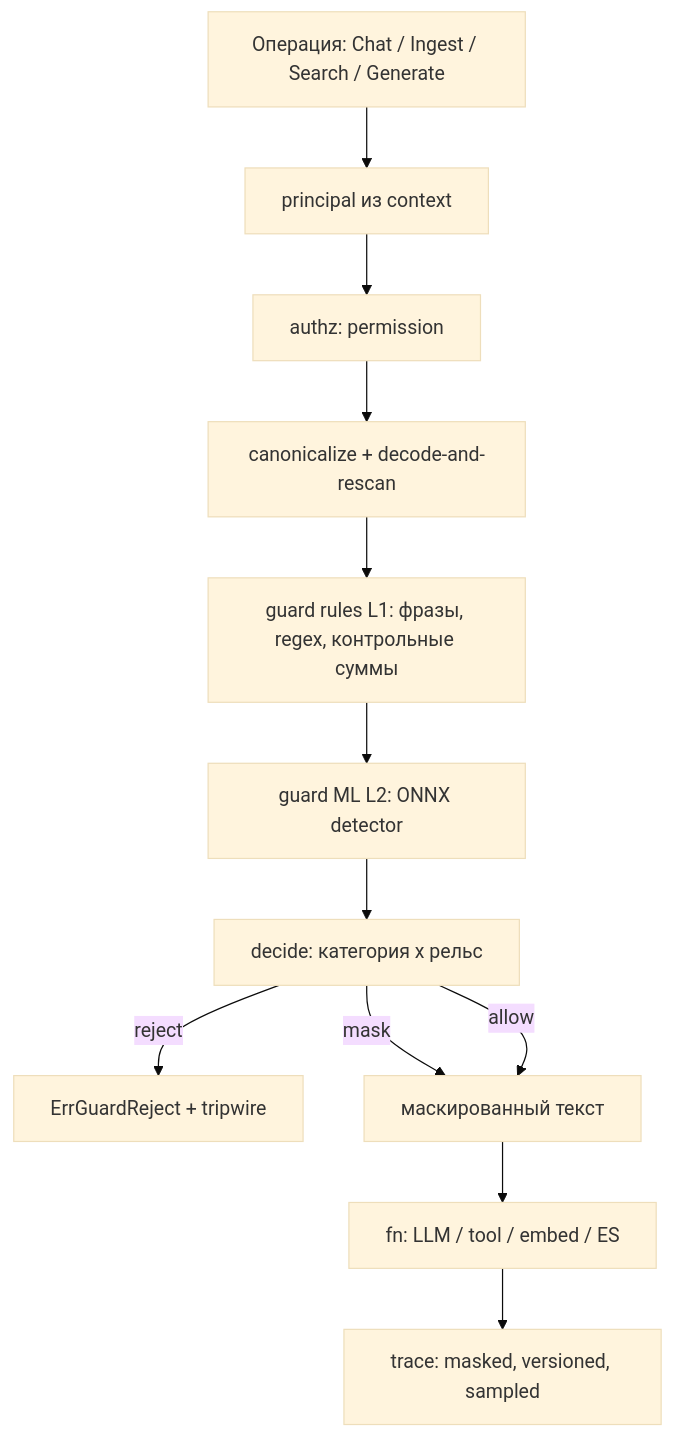
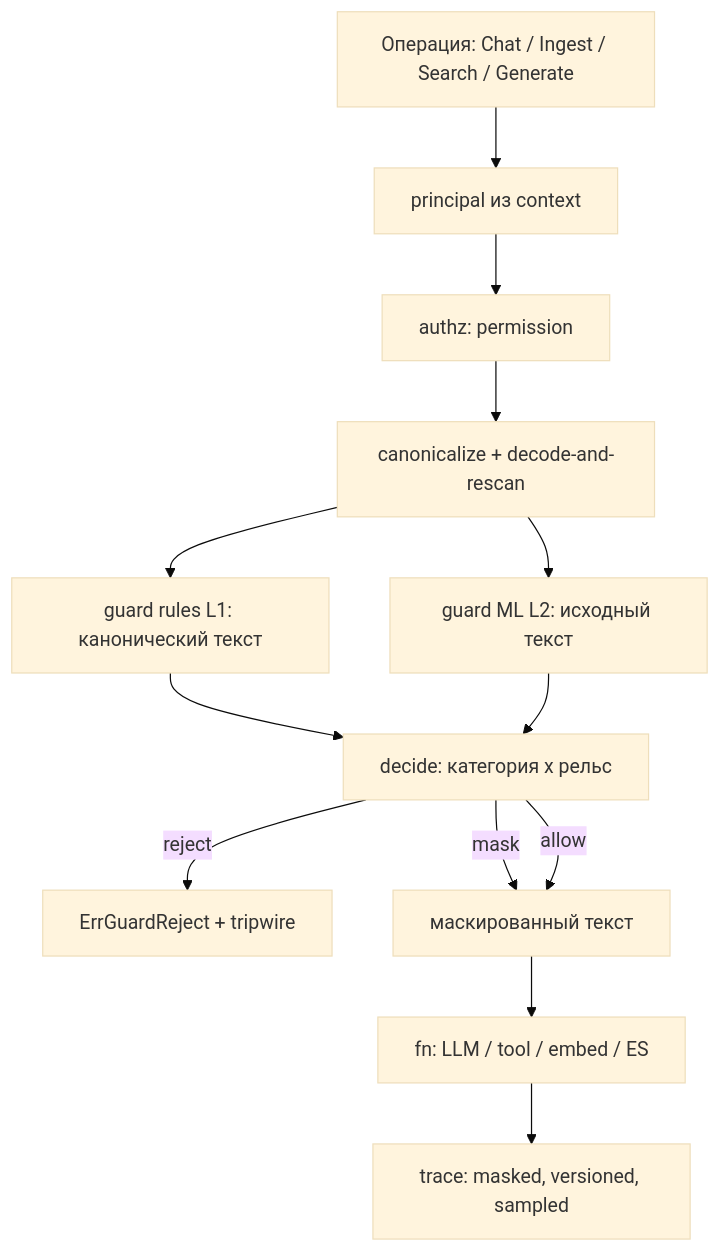
The first of 3 diagrams in docs/internals/design.md (KirillYuzh/Gobellim), drawn with Mermaid (base theme) before and after one commit. The commit also changed other lines of this file and 23 other files, not shown here.

````diff
--- a/docs/internals/design.md
+++ b/docs/internals/design.md
@@ -19,14 +19,15 @@
 ```mermaid
 flowchart TD
     A["Oперация: Chat / Ingest / Search / Generate"] --> B["principal из context"]
     B --> C["authz: permission"]
     C --> D["canonicalize + decode-and-rescan"]
-    D --> E["guard rules L1: фразы, regex, контрольные суммы"]
-    E --> F["guard ML L2: ONNX detector"]
-    F --> G["decide: категория x рельс"]
+    D --> E["guard rules L1: канонический текст"]
+    D --> F["guard ML L2: исходный текст"]
+    E --> G["decide: категория x рельс"]
+    F --> G
     G -->|reject| H["ErrGuardReject + tripwire"]
     G -->|mask| I["маскированный текст"]
     G -->|allow| I
     I --> J["fn: LLM / tool / embed / ES"]
     J --> K["trace: masked, versioned, sampled"]
 ```
````
